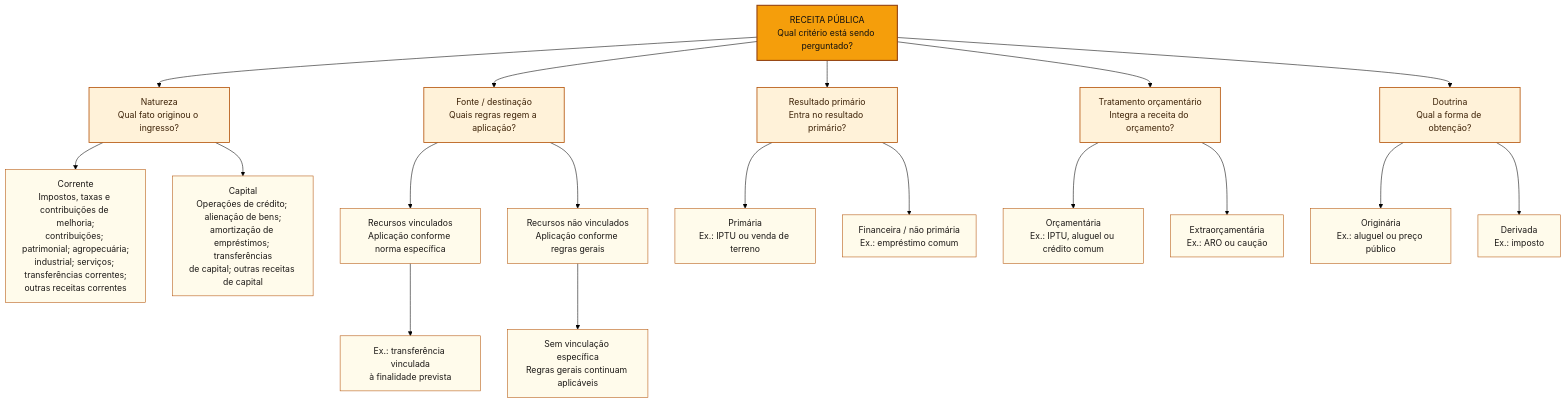
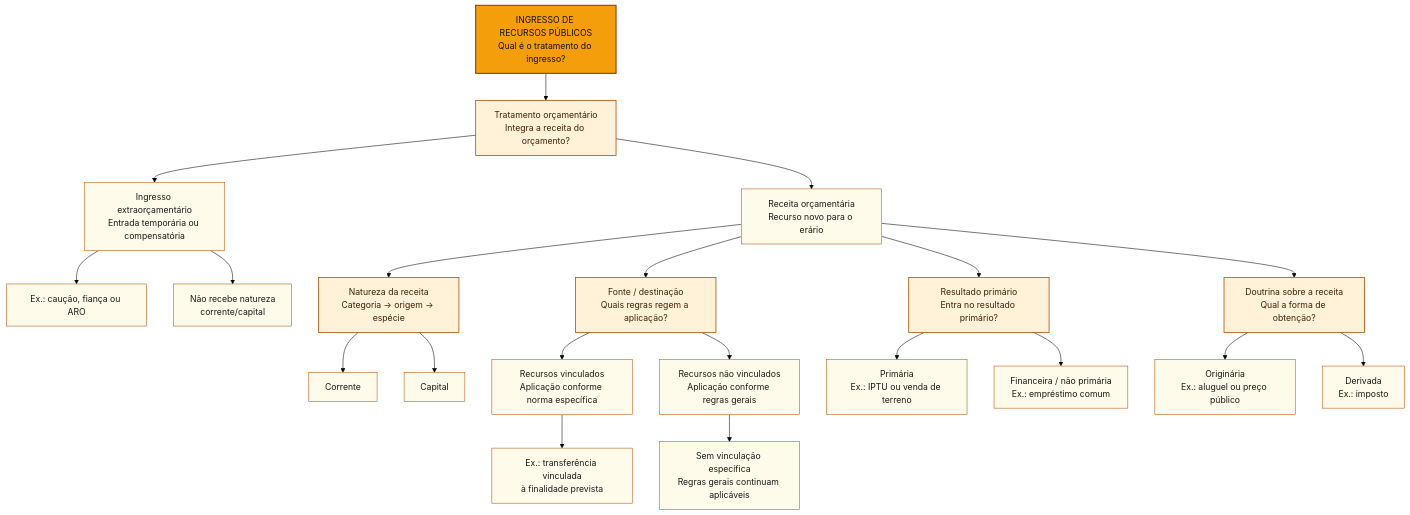
Before and after one commit to leorruas/concursos: the first of 2 diagrams in 3 - Materias/Orcamento Publico/04a - classificacao da receita.md, drawn with Mermaid (forest theme). The commit also changed other lines of this file, not shown here.

Commit message:
Clarifica origens e espécies da receita

````diff
--- a/3 - Materias/Orcamento Publico/04a - classificacao da receita.md
+++ b/3 - Materias/Orcamento Publico/04a - classificacao da receita.md
@@ -45,28 +45,30 @@
 ```mermaid
 flowchart TB
-    R["RECEITA PÚBLICA<br/>Qual critério está sendo perguntado?"]
-    R --> N["Natureza<br/>Qual fato originou o ingresso?"]
-    R --> F["Fonte / destinação<br/>Quais regras regem a aplicação?"]
-    R --> P["Resultado primário<br/>Entra no resultado primário?"]
-    R --> O["Tratamento orçamentário<br/>Integra a receita do orçamento?"]
-    R --> D["Doutrina<br/>Qual a forma de obtenção?"]
-    N --> NC["Corrente<br/>Impostos, taxas e contribuições de melhoria;<br/>contribuições; patrimonial; agropecuária;<br/>industrial; serviços; transferências correntes;<br/>outras receitas correntes"]
-    N --> NK["Capital<br/>Operações de crédito; alienação de bens;<br/>amortização de empréstimos; transferências<br/>de capital; outras receitas de capital"]
+    R["INGRESSO DE RECURSOS PÚBLICOS<br/>Qual é o tratamento do ingresso?"]
+    R --> T["Tratamento orçamentário<br/>Integra a receita do orçamento?"]
+    T --> RO["Receita orçamentária<br/>Recurso novo para o erário"]
+    T --> XE["Ingresso extraorçamentário<br/>Entrada temporária ou compensatória"]
+    XE --> XEE["Ex.: caução, fiança ou ARO"]
+    XE --> XEN["Não recebe natureza<br/>corrente/capital"]
+    RO --> N["Natureza da receita<br/>Categoria → origem → espécie"]
+    RO --> F["Fonte / destinação<br/>Quais regras regem a aplicação?"]
+    RO --> P["Resultado primário<br/>Entra no resultado primário?"]
+    RO --> D["Doutrina sobre a receita<br/>Qual a forma de obtenção?"]
+    N --> NC["Corrente"]
+    N --> NK["Capital"]
     F --> FV["Recursos vinculados<br/>Aplicação conforme norma específica"]
     F --> FL["Recursos não vinculados<br/>Aplicação conforme regras gerais"]
     FV --> FVE["Ex.: transferência vinculada<br/>à finalidade prevista"]
     FL --> FLE["Sem vinculação específica<br/>Regras gerais continuam aplicáveis"]
     P --> PP["Primária<br/>Ex.: IPTU ou venda de terreno"]
     P --> PF["Financeira / não primária<br/>Ex.: empréstimo comum"]
-    O --> OO["Orçamentária<br/>Ex.: IPTU, aluguel ou crédito comum"]
-    O --> OE["Extraorçamentária<br/>Ex.: ARO ou caução"]
     D --> DO["Originária<br/>Ex.: aluguel ou preço público"]
     D --> DD["Derivada<br/>Ex.: imposto"]
     %% Fallback de alto contraste para Obsidian/GitHub; o site adapta as cores via CSS.
     classDef raiz fill:#f59e0b,stroke:#92400e,color:#111111,stroke-width:2px;
     classDef criterio fill:#fff2d9,stroke:#b45309,color:#3d2207,stroke-width:1.5px;
     classDef opcao fill:#fffbeb,stroke:#b45309,color:#1c1917;
     class R raiz;
-    class N,F,P,O,D criterio;
-    class NC,NK,FV,FL,FVE,FLE,PP,PF,OO,OE,DO,DD opcao;
+    class T,N,F,P,D criterio;
+    class RO,XE,NC,NK,FV,FL,FVE,FLE,PP,PF,XEE,XEN,DO,DD opcao;
 ```
````
